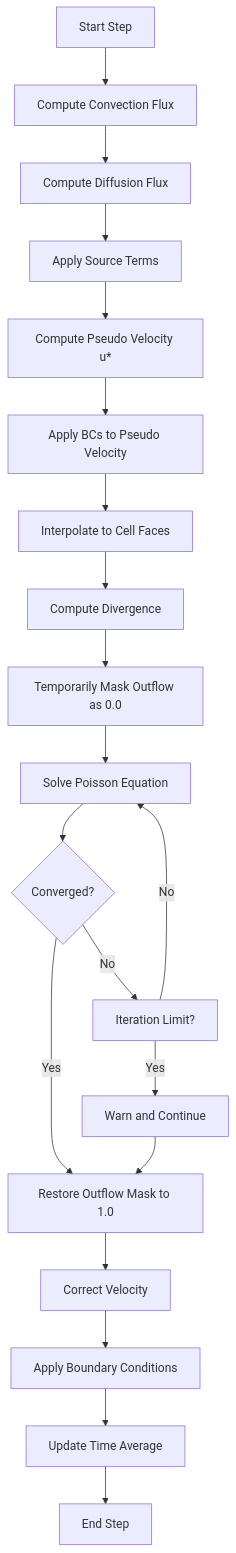
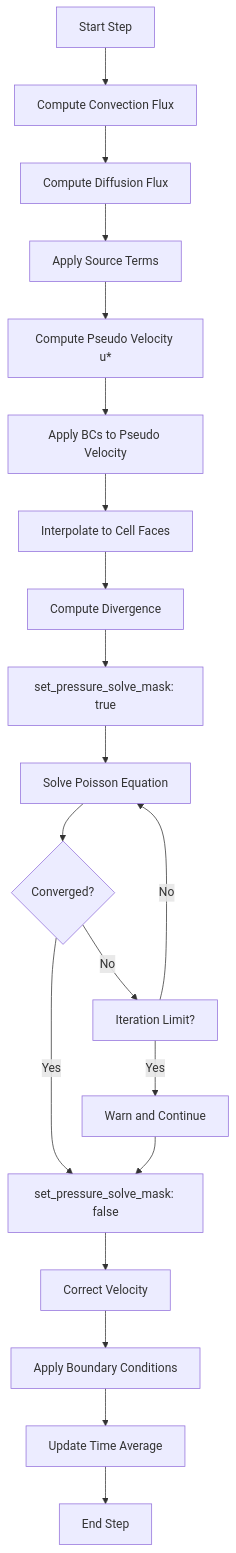
Before and after one commit to kenoogl/CleanRoom: the third of 4 diagrams in .kiro/specs/cleanroom-simulator/design.md, drawn with Mermaid. The commit also changed other lines of this file and 2 other files, not shown here.

````diff
--- a/.kiro/specs/cleanroom-simulator/design.md
+++ b/.kiro/specs/cleanroom-simulator/design.md
@@ -180,22 +180,22 @@
 ```mermaid
 flowchart TB
     A[Start Step] --> B[Compute Convection Flux]
     B --> C[Compute Diffusion Flux]
     C --> D[Apply Source Terms]
     D --> E[Compute Pseudo Velocity u*]
     E --> E2[Apply BCs to Pseudo Velocity]
     E2 --> F[Interpolate to Cell Faces]
     F --> G[Compute Divergence]
-    G --> H_mask[Temporarily Mask Outflow as 0.0]
+    G --> H_mask[set_pressure_solve_mask: true]
     H_mask --> H[Solve Poisson Equation]
     H --> I{Converged?}
-    I -->|Yes| J_unmask[Restore Outflow Mask to 1.0]
+    I -->|Yes| J_unmask[set_pressure_solve_mask: false]
     J_unmask --> J[Correct Velocity]
     I -->|No| K[Iteration Limit?]
     K -->|No| H
     K -->|Yes| L[Warn and Continue]
     L --> J_unmask
     J --> M[Apply Boundary Conditions]
     M --> N[Update Time Average]
     N --> O[End Step]
 ```
````
